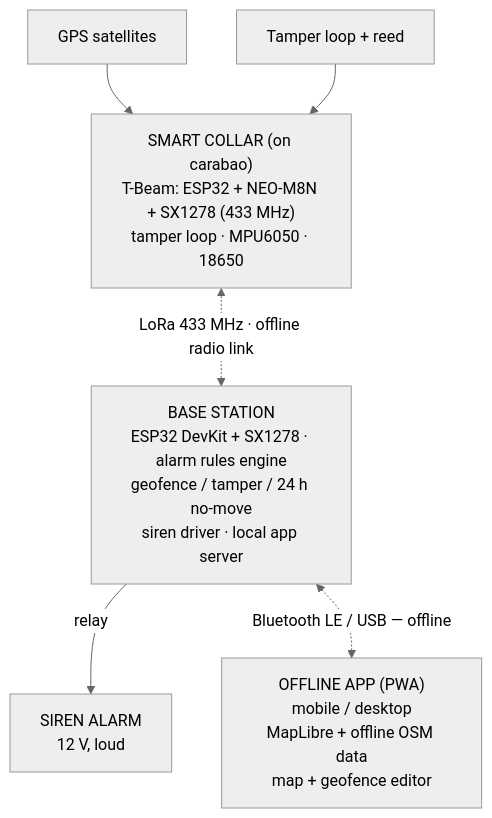
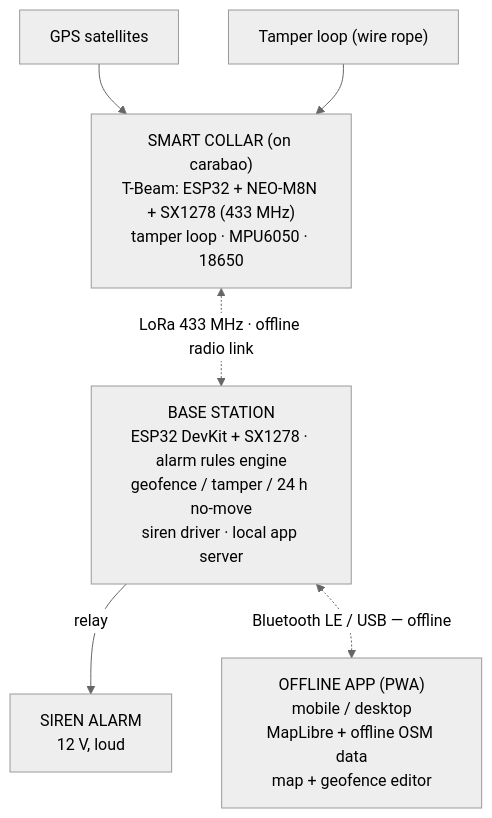
Before and after one commit to qppd/smart-collar: the second of 2 diagrams in README.md, drawn with Mermaid (neutral theme). The commit also changed other lines of this file and 11 other files, not shown here.

First line of the commit message:
Remove reed switches; tamper detection via loop physics, motion via polling

````diff
--- a/README.md
+++ b/README.md
@@ -82,8 +82,8 @@
 ```mermaid
 flowchart TB
     GPS["GPS satellites"] --> TBEAM["SMART COLLAR (on carabao)<br/>T-Beam: ESP32 + NEO-M8N + SX1278 (433 MHz)<br/>tamper loop · MPU6050 · 18650"]
-    LOOP["Tamper loop + reed"] --> TBEAM
+    LOOP["Tamper loop (wire rope)"] --> TBEAM
     TBEAM <-. "LoRa 433 MHz · offline radio link" .-> BASE["BASE STATION<br/>ESP32 DevKit + SX1278 · alarm rules engine<br/>geofence / tamper / 24 h no-move<br/>siren driver · local app server"]
     BASE -- "relay" --> SIREN["SIREN ALARM<br/>12 V, loud"]
     BASE <-. "Bluetooth LE / USB — offline" .-> APP["OFFLINE APP (PWA)<br/>mobile / desktop<br/>MapLibre + offline OSM data<br/>map + geofence editor"]
 ```
````
